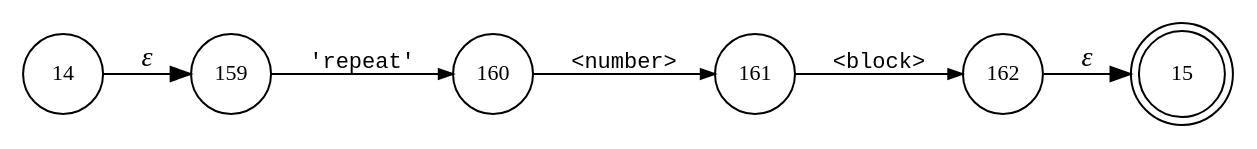
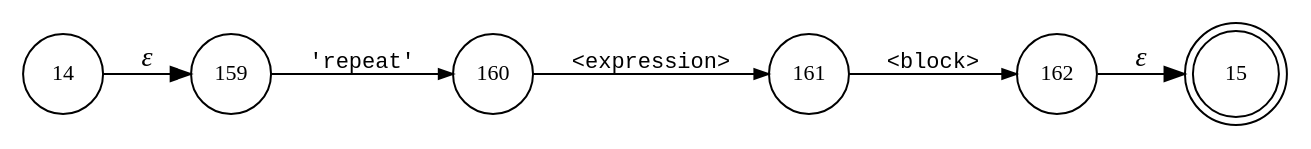
Before and after one commit to Shinigami072/Compilers-LogoInterpreter: the diagram in interpreter/logo/logo.repeat.dot, drawn with Graphviz. The commit also changed 13 other files, not shown here.

```diff
--- a/interpreter/logo/logo.repeat.dot
+++ b/interpreter/logo/logo.repeat.dot
@@ -1,14 +1,14 @@
 digraph ATN {
 rankdir=LR;
 s15[fontsize=11, label="15", shape=doublecircle, fixedsize=true, width=.6];
 s160[fontsize=11,label="160", shape=circle, fixedsize=true, width=.55, peripheries=1];
 s161[fontsize=11,label="161", shape=circle, fixedsize=true, width=.55, peripheries=1];
 s162[fontsize=11,label="162", shape=circle, fixedsize=true, width=.55, peripheries=1];
 s14[fontsize=11,label="14", shape=circle, fixedsize=true, width=.55, peripheries=1];
 s159[fontsize=11,label="159", shape=circle, fixedsize=true, width=.55, peripheries=1];
 s14 -> s159 [fontname="Times-Italic", label="&epsilon;"];
 s159 -> s160 [fontsize=11, fontname="Courier", arrowsize=.7, label = "'repeat'", arrowhead = normal];
-s160 -> s161 [fontsize=11, fontname="Courier", arrowsize=.7, label = "<number>", arrowhead = normal];
+s160 -> s161 [fontsize=11, fontname="Courier", arrowsize=.7, label = "<expression>", arrowhead = normal];
 s161 -> s162 [fontsize=11, fontname="Courier", arrowsize=.7, label = "<block>", arrowhead = normal];
 s162 -> s15 [fontname="Times-Italic", label="&epsilon;"];
 }
```
